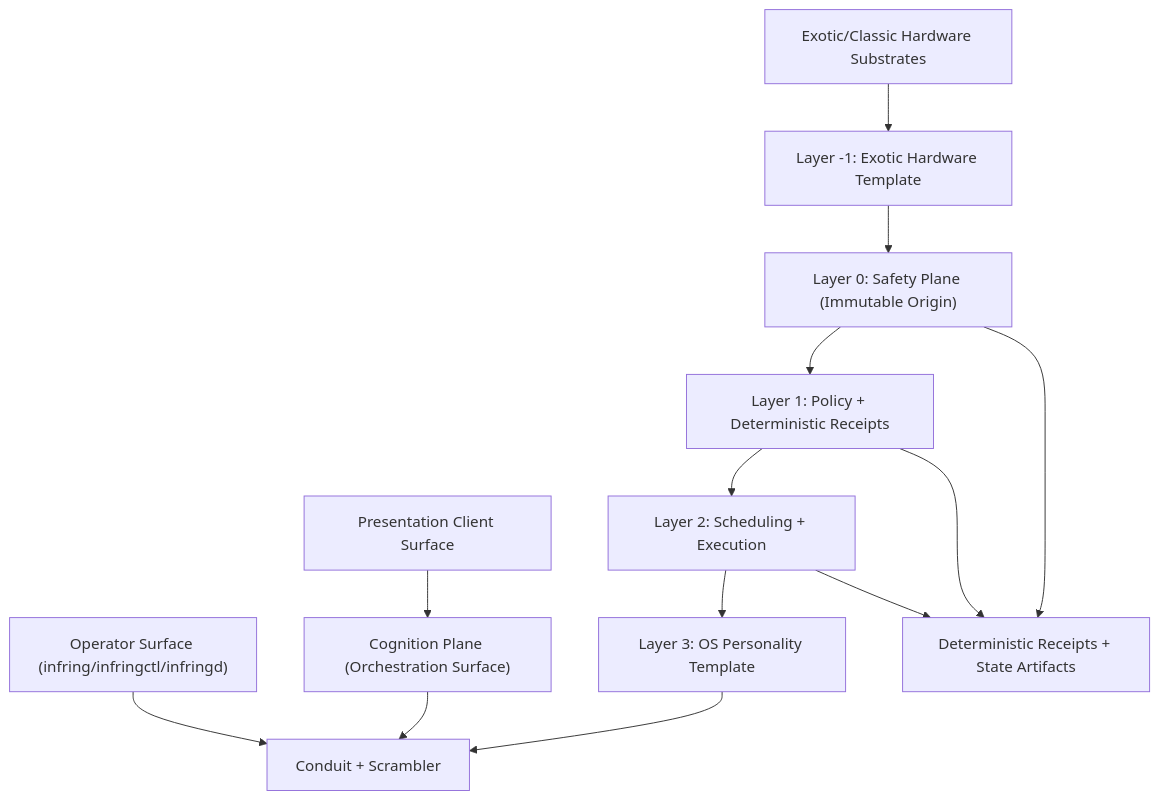
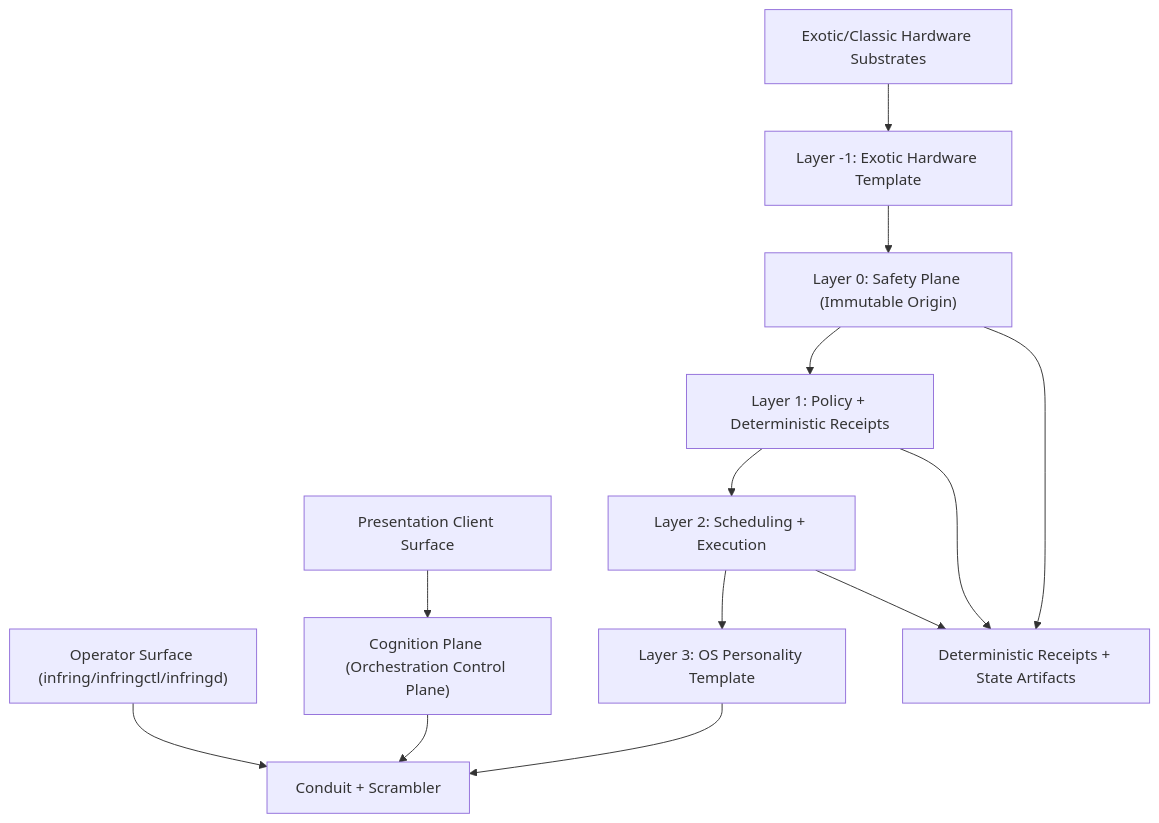
The diagram in ARCHITECTURE.md (jakerslam/protheus), drawn with Mermaid before and after one commit. The commit also changed other lines of this file and 293 other files, not shown here.

````diff
--- a/ARCHITECTURE.md
+++ b/ARCHITECTURE.md
@@ -187,27 +197,27 @@
 ```mermaid
 flowchart TB
     SUBSTRATE["Exotic/Classic Hardware Substrates"]
     LNEG1["Layer -1: Exotic Hardware Template"]
     L0["Layer 0: Safety Plane (Immutable Origin)"]
     L1["Layer 1: Policy + Deterministic Receipts"]
     L2["Layer 2: Scheduling + Execution"]
     L3["Layer 3: OS Personality Template"]
     CONDUIT["Conduit + Scrambler"]
-    ORCH["Cognition Plane (Orchestration Surface)"]
+    ORCH["Cognition Plane (Orchestration Control Plane)"]
     UI["Presentation Client Surface"]
     CLI["Operator Surface (infring/infringctl/infringd)"]
     RECEIPTS["Deterministic Receipts + State Artifacts"]
 
     SUBSTRATE --> LNEG1
     LNEG1 --> L0
     L0 --> L1
     L1 --> L2
     L2 --> L3
     L3 --> CONDUIT
     ORCH --> CONDUIT
     UI --> ORCH
     CLI --> CONDUIT
     L0 --> RECEIPTS
     L1 --> RECEIPTS
     L2 --> RECEIPTS
 ```
````
